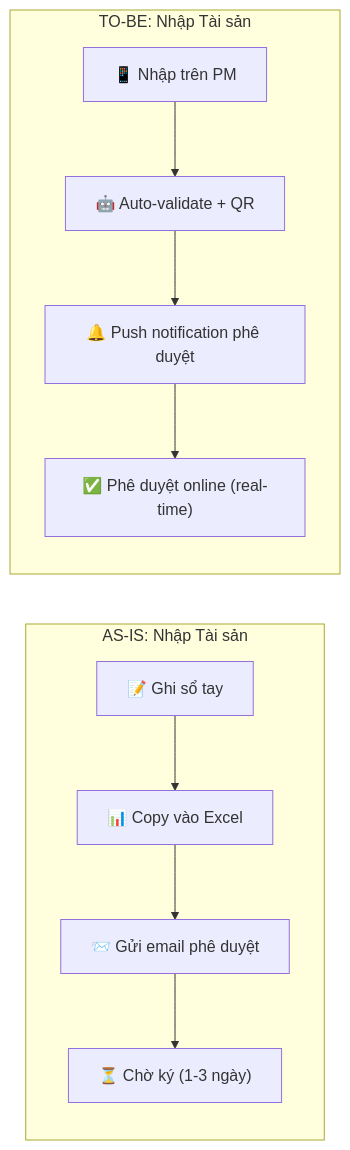
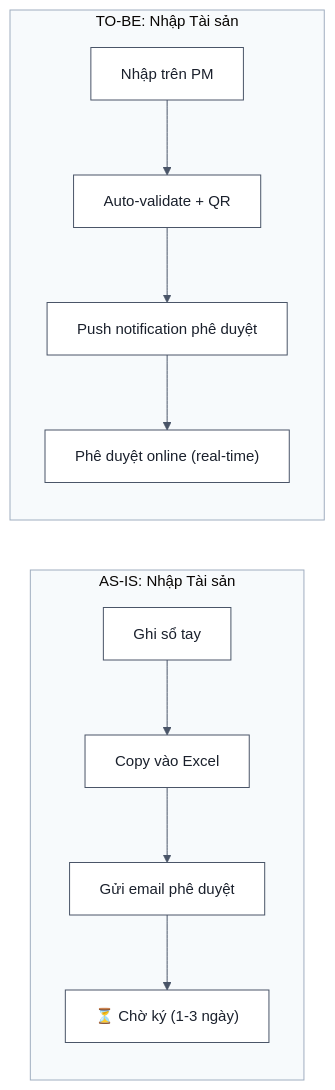
Before and after one commit to sonbui31/BA-studies: the second of 2 diagrams in BA-agent/BA-document-rule/templates/as-is-process.md, drawn with Mermaid. The commit also changed other lines of this file and 97 other files, not shown here.

First line of the commit message:
Add diagram linting and rendering tools with tests

````diff
--- a/BA-agent/BA-document-rule/templates/as-is-process.md
+++ b/BA-agent/BA-document-rule/templates/as-is-process.md
@@ -127,15 +128,16 @@
 ```mermaid
+%%{init: {"theme": "base", "fontFamily": "Arial, Helvetica, sans-serif", "themeVariables": {"fontSize": "15px", "primaryColor": "#FFFFFF", "primaryBorderColor": "#4A5568", "primaryTextColor": "#1A202C", "lineColor": "#4A5568", "secondaryColor": "#F7FAFC", "tertiaryColor": "#F7FAFC", "clusterBkg": "#F7FAFC", "clusterBorder": "#A0AEC0", "edgeLabelBackground": "#FFFFFF", "actorBkg": "#EBF8FF", "actorBorder": "#2B6CB0", "noteBkgColor": "#FFF8E1", "noteBorderColor": "#B7791F"}}}%%
 graph LR
     subgraph "AS-IS: Nhập Tài sản"
-        A1["📝 Ghi sổ tay"] --> A2["📊 Copy vào Excel"]
-        A2 --> A3["📨 Gửi email phê duyệt"]
+        A1["Ghi sổ tay"] --> A2["Copy vào Excel"]
+        A2 --> A3["Gửi email phê duyệt"]
         A3 --> A4["⏳ Chờ ký (1-3 ngày)"]
     end
     
     subgraph "TO-BE: Nhập Tài sản"
-        B1["📱 Nhập trên PM"]
-        B1 --> B2["🤖 Auto-validate + QR"]
-        B2 --> B3["🔔 Push notification phê duyệt"]
-        B3 --> B4["✅ Phê duyệt online (real-time)"]
+        B1["Nhập trên PM"]
+        B1 --> B2["Auto-validate + QR"]
+        B2 --> B3["Push notification phê duyệt"]
+        B3 --> B4["Phê duyệt online (real-time)"]
     end
 ```
````
